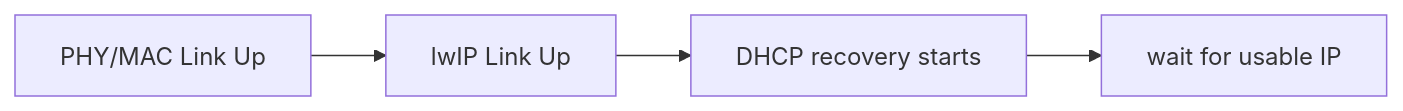
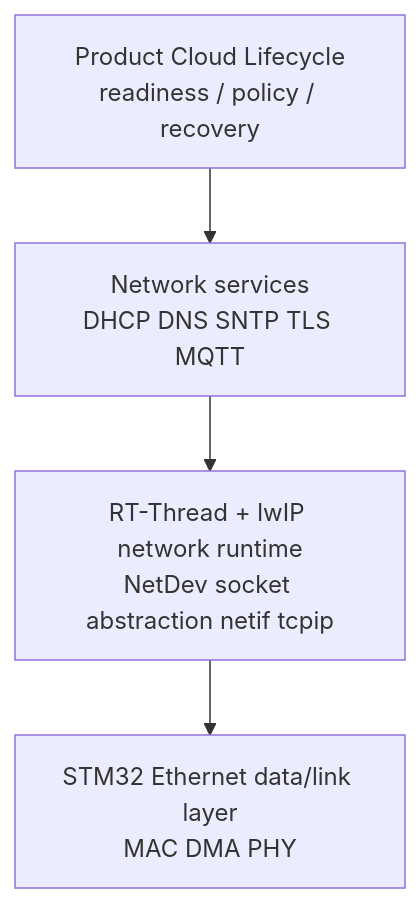
Before and after one commit to wdfk-prog/lwIP-Source-Lab: the first of 6 diagrams in docs/45-mcu-cloud-lifecycle.md, drawn with Mermaid. The commit also changed other lines of this file and 49 other files, not shown here.

````diff
--- a/docs/45-mcu-cloud-lifecycle.md
+++ b/docs/45-mcu-cloud-lifecycle.md
@@ -59,6 +30,6 @@
 ```mermaid
-flowchart LR
-    A["PHY/MAC Link Up"] --> B["lwIP Link Up"]
-    B --> C["DHCP recovery starts"]
-    C --> D["wait for usable IP"]
+flowchart TD
+    A["Product Cloud Lifecycle\nreadiness / policy / recovery"] --> B["Network services\nDHCP DNS SNTP TLS MQTT"]
+    B --> C["RT-Thread + lwIP network runtime\nNetDev socket abstraction netif tcpip"]
+    C --> D["STM32 Ethernet data/link layer\nMAC DMA PHY"]
 ```
````
